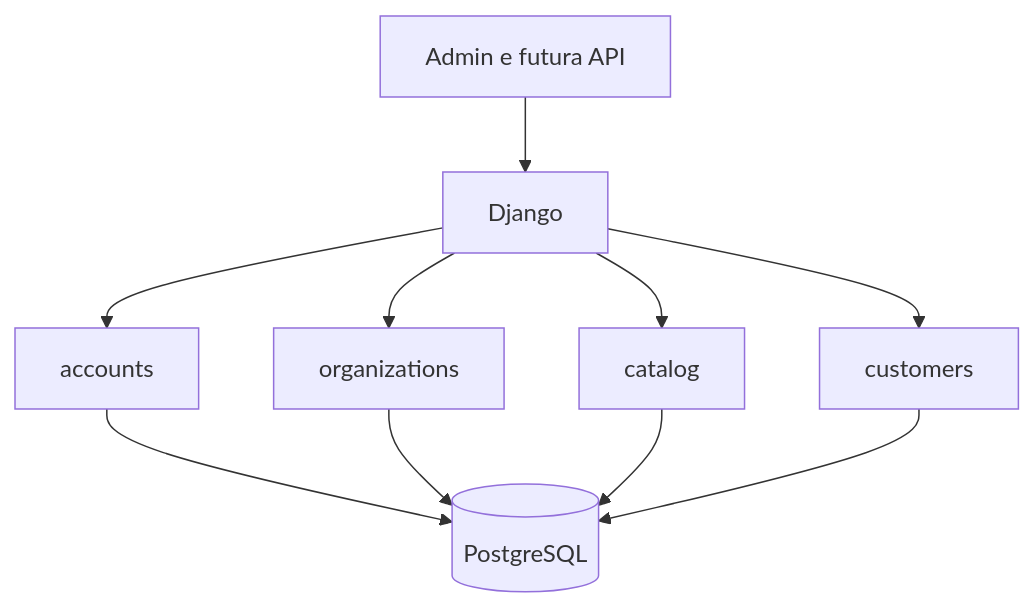
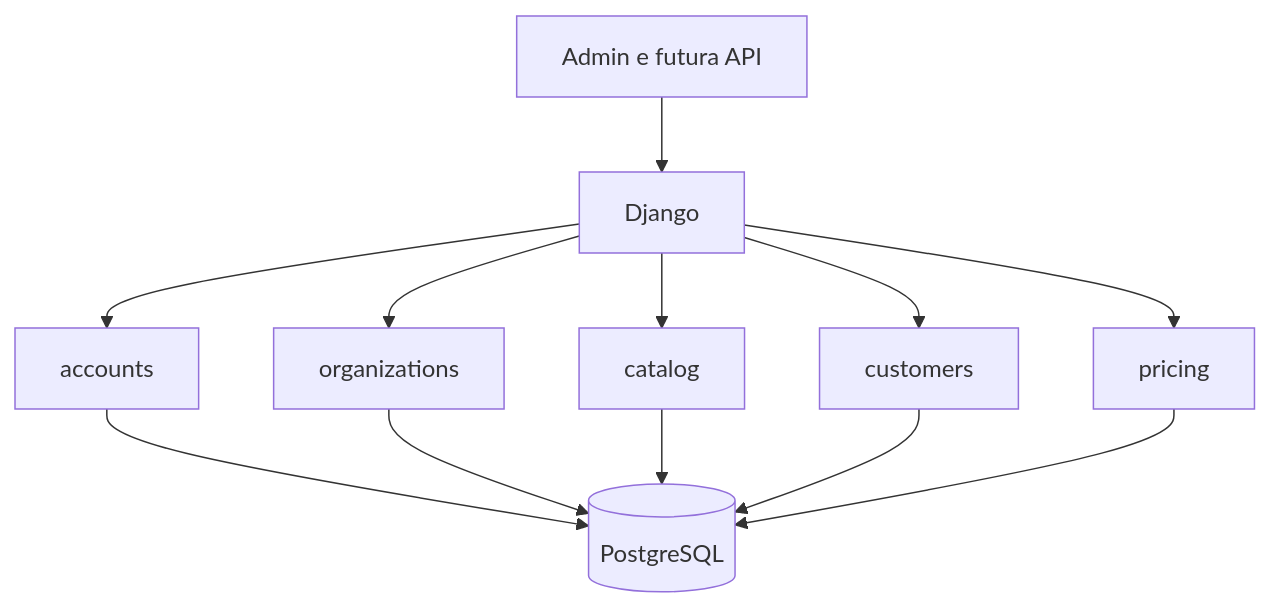
One commit to ViniciusSilva97/rental-platform changed the diagram in docs/architecture.md. Above: the diagram before and after it, drawn with Mermaid. The commit also changed other lines of this file and 25 other files, not shown here.

````diff
--- a/docs/architecture.md
+++ b/docs/architecture.md
@@ -10,12 +10,14 @@
 ```mermaid
 flowchart TD
     UI["Admin e futura API"] --> APP["Django"]
     APP --> ACC["accounts"]
     APP --> ORG["organizations"]
     APP --> CAT["catalog"]
     APP --> CUS["customers"]
+    APP --> PRI["pricing"]
     ACC --> DB[("PostgreSQL")]
     ORG --> DB
     CAT --> DB
     CUS --> DB
+    PRI --> DB
 ```
````
